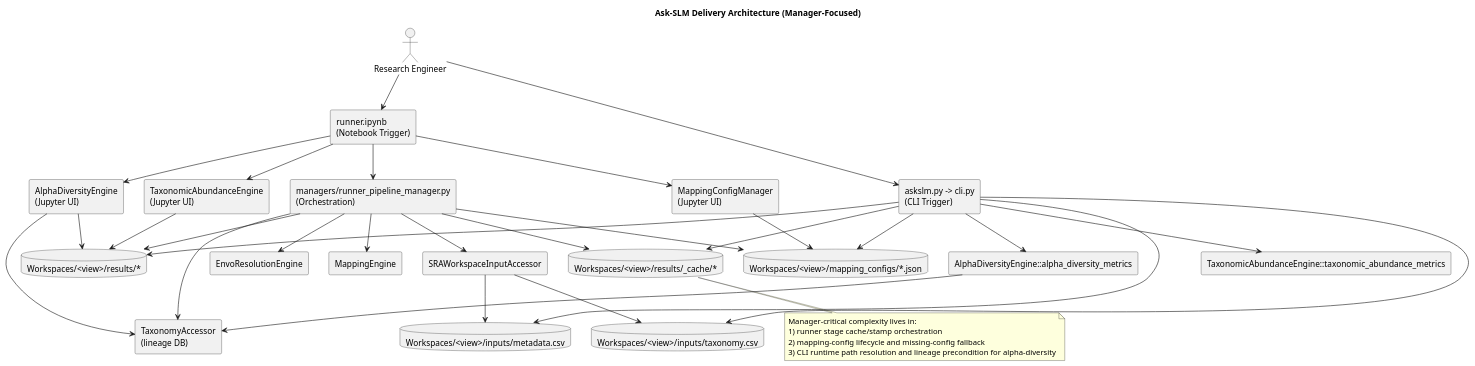
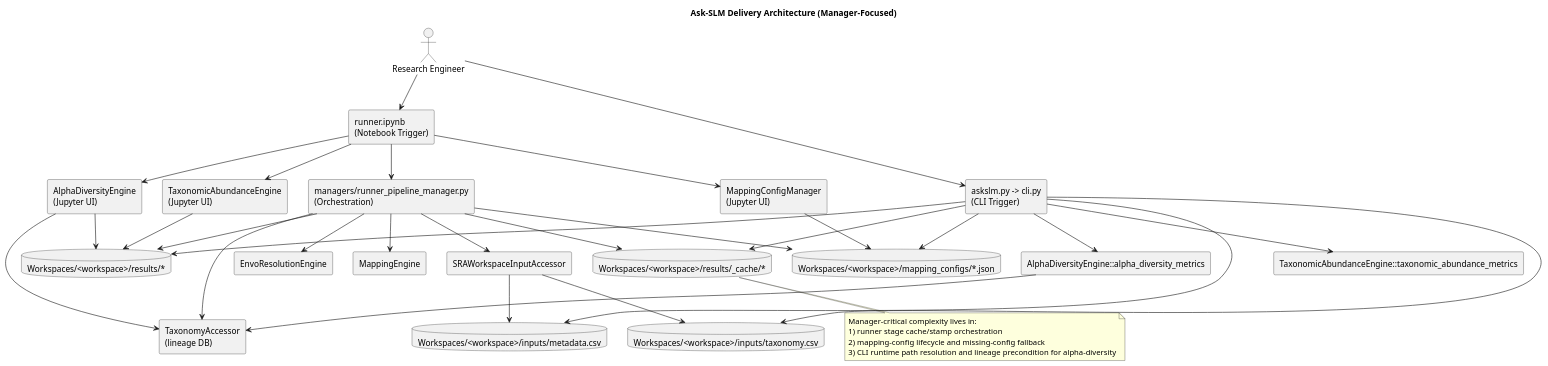
The diagram in Docs/product-documentation/uml/ask-slm-component-diagram.puml (YPinto-Lab/cohort-query), drawn with PlantUML before and after one commit. The commit also changed 15 other files, not shown here.

First line of the commit message:
refactor(cli+docs): make workspace primary term and keep --view deprecated alias

```diff
--- a/Docs/product-documentation/uml/ask-slm-component-diagram.puml
+++ b/Docs/product-documentation/uml/ask-slm-component-diagram.puml
@@ -1,71 +1,71 @@
 @startuml
 title Ask-SLM Delivery Architecture (Manager-Focused)
 
 skinparam componentStyle rectangle
 skinparam shadowing false
 skinparam packageStyle rectangle
 
 actor "Research Engineer" as User
 
 component "runner.ipynb\n(Notebook Trigger)" as Notebook
 component "askslm.py -> cli.py\n(CLI Trigger)" as CLI
 component "managers/runner_pipeline_manager.py\n(Orchestration)" as Pipeline
 component "SRAWorkspaceInputAccessor" as WorkspaceInputAccessor
 component "MappingEngine" as MappingEngine
 component "EnvoResolutionEngine" as EnvoEngine
 component "TaxonomyAccessor\n(lineage DB)" as LineageAccessor
 
 component "AlphaDiversityEngine::alpha_diversity_metrics" as AlphaCompute
 component "TaxonomicAbundanceEngine::taxonomic_abundance_metrics" as AbundanceCompute
 
 component "MappingConfigManager\n(Jupyter UI)" as MappingUI
 component "AlphaDiversityEngine\n(Jupyter UI)" as AlphaUI
 component "TaxonomicAbundanceEngine\n(Jupyter UI)" as AbundanceUI
 
-database "Workspaces/<view>/inputs/metadata.csv" as WsMeta
-database "Workspaces/<view>/inputs/taxonomy.csv" as WsTax
-database "Workspaces/<view>/mapping_configs/*.json" as WsConfigs
-database "Workspaces/<view>/results/*" as WsResults
-database "Workspaces/<view>/results/_cache/*" as WsCache
+database "Workspaces/<workspace>/inputs/metadata.csv" as WsMeta
+database "Workspaces/<workspace>/inputs/taxonomy.csv" as WsTax
+database "Workspaces/<workspace>/mapping_configs/*.json" as WsConfigs
+database "Workspaces/<workspace>/results/*" as WsResults
+database "Workspaces/<workspace>/results/_cache/*" as WsCache
 
 User --> Notebook
 User --> CLI
 
 Notebook --> Pipeline
 Pipeline --> WorkspaceInputAccessor
 WorkspaceInputAccessor --> WsMeta
 WorkspaceInputAccessor --> WsTax
 
 Pipeline --> MappingEngine
 Pipeline --> EnvoEngine
 Pipeline --> LineageAccessor
 Pipeline --> WsConfigs
 Pipeline --> WsResults
 Pipeline --> WsCache
 
 Notebook --> MappingUI
 Notebook --> AlphaUI
 Notebook --> AbundanceUI
 MappingUI --> WsConfigs
 AlphaUI --> LineageAccessor
 AlphaUI --> WsResults
 AbundanceUI --> WsResults
 
 CLI --> WsMeta
 CLI --> WsTax
 CLI --> WsConfigs
 CLI --> WsResults
 CLI --> WsCache
 CLI --> AlphaCompute
 CLI --> AbundanceCompute
 
 AlphaCompute --> LineageAccessor
 
 note bottom
 Manager-critical complexity lives in:
 1) runner stage cache/stamp orchestration
 2) mapping-config lifecycle and missing-config fallback
 3) CLI runtime path resolution and lineage precondition for alpha-diversity
 end note
 
 @enduml
```
